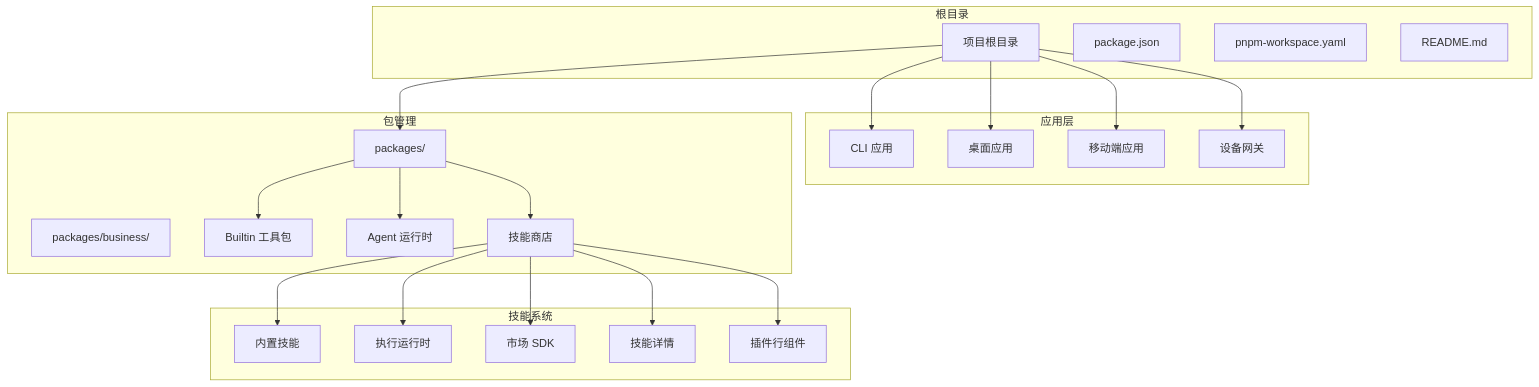
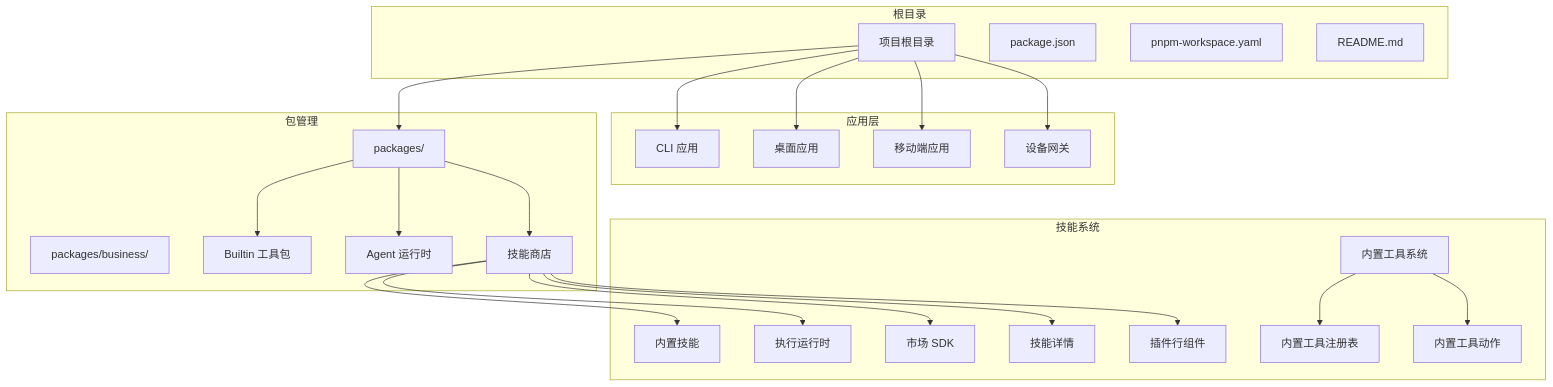
Before and after one commit to AvatoLabs/avato: the first of 15 diagrams in .qoder/repowiki/zh/content/核心功能模块/技能市场系统/技能市场系统.md, drawn with Mermaid. The commit also changed other lines of this file and 158 other files, not shown here.

````diff
--- a/.qoder/repowiki/zh/content/核心功能模块/技能市场系统/技能市场系统.md
+++ b/.qoder/repowiki/zh/content/核心功能模块/技能市场系统/技能市场系统.md
@@ -64,43 +75,48 @@
 ```mermaid
 graph TB
 subgraph "根目录"
 Root[项目根目录]
 PackageJSON[package.json]
 Workspace[pnpm-workspace.yaml]
 README[README.md]
 end
 subgraph "应用层"
 CLI[CLI 应用]
 Desktop[桌面应用]
 Mobile[移动端应用]
 DeviceGateway[设备网关]
 end
 subgraph "包管理"
 Packages[packages/]
 Business[packages/business/]
 Builtin[Builtin 工具包]
 AgentRuntime[Agent 运行时]
 SkillStore[技能商店]
 end
 subgraph "技能系统"
 SkillStore[技能商店]
 BuiltinSkills[内置技能]
 ExecutionRuntime[执行运行时]
 MarketSDK[市场 SDK]
 SkillDetail[技能详情]
 AgentSkillItem[插件行组件]
+BuiltinToolSystem[内置工具系统]
+BuiltinToolRegistry[内置工具注册表]
+BuiltinToolActions[内置工具动作]
 end
 Root --> CLI
 Root --> Desktop
 Root --> Mobile
 Root --> DeviceGateway
 Root --> Packages
 Packages --> Builtin
 Packages --> AgentRuntime
 Packages --> SkillStore
 SkillStore --> BuiltinSkills
 SkillStore --> ExecutionRuntime
 SkillStore --> MarketSDK
 SkillStore --> SkillDetail
 SkillStore --> AgentSkillItem
+BuiltinToolSystem --> BuiltinToolRegistry
+BuiltinToolSystem --> BuiltinToolActions
 ```
````
